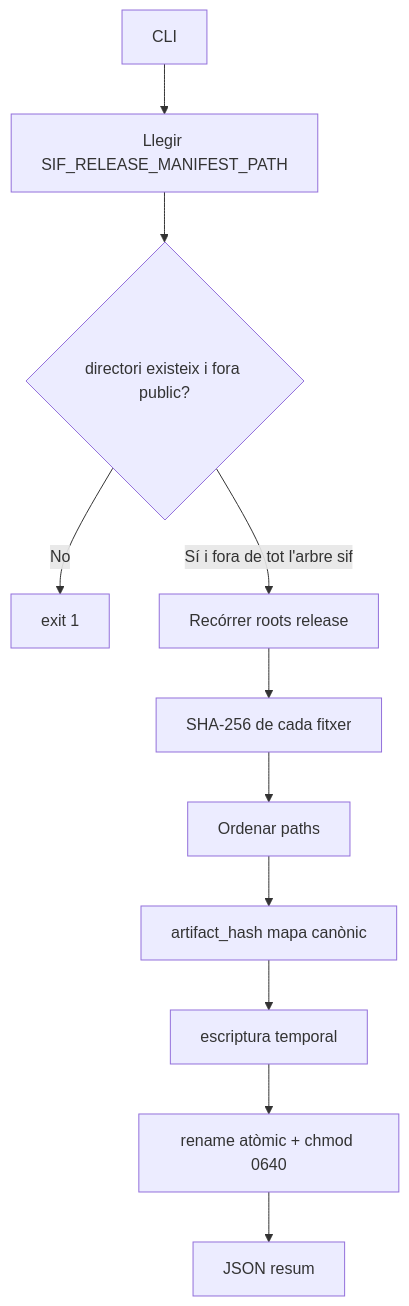
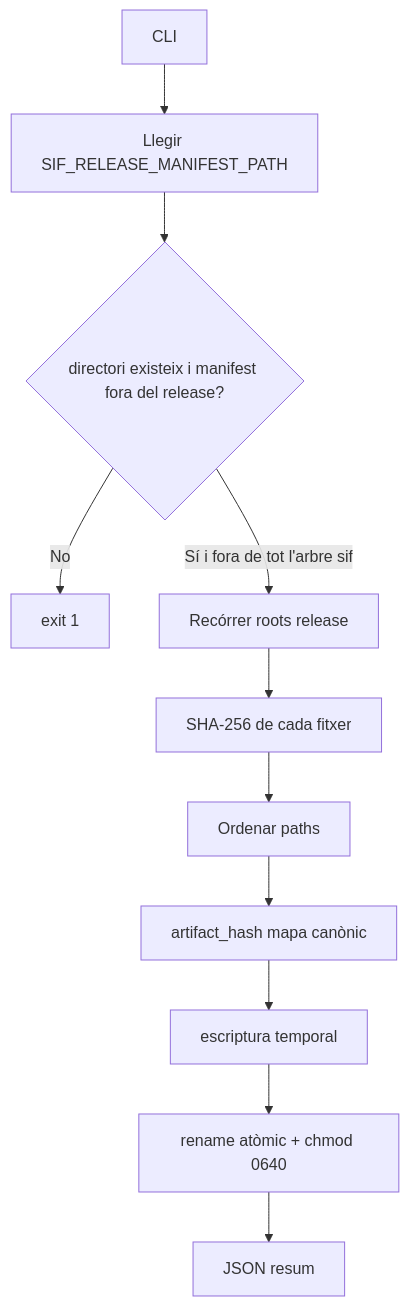
The ninth of 10 diagrams in documentacio/07-uml-integrat/uc-010-activitats-pagines-actual-final.md (orgmeriemprismacat-del/verifactu), drawn with Mermaid before and after one commit.

Commit message:
docs(UC-010): corregir gate del manifest al diagrama d'activitat

````diff
--- a/documentacio/07-uml-integrat/uc-010-activitats-pagines-actual-final.md
+++ b/documentacio/07-uml-integrat/uc-010-activitats-pagines-actual-final.md
@@ -171,13 +171,13 @@
 ```mermaid
 flowchart TD
 A[CLI] --> B[Llegir SIF_RELEASE_MANIFEST_PATH]
-B --> C{directori existeix i fora public?}
+B --> C{directori existeix i manifest fora del release?}
 C -->|No| D[exit 1]
 C -->|Sí i fora de tot l'arbre sif| E[Recórrer roots release]
 E --> F[SHA-256 de cada fitxer]
 F --> G[Ordenar paths]
 G --> H[artifact_hash mapa canònic]
 H --> I[escriptura temporal]
 I --> J[rename atòmic + chmod 0640]
 J --> K[JSON resum]
 ```
````
